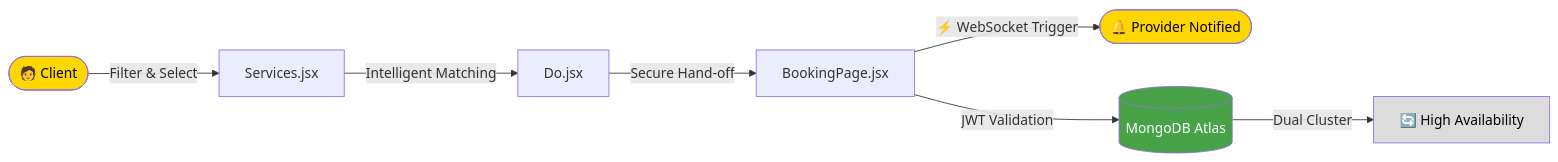
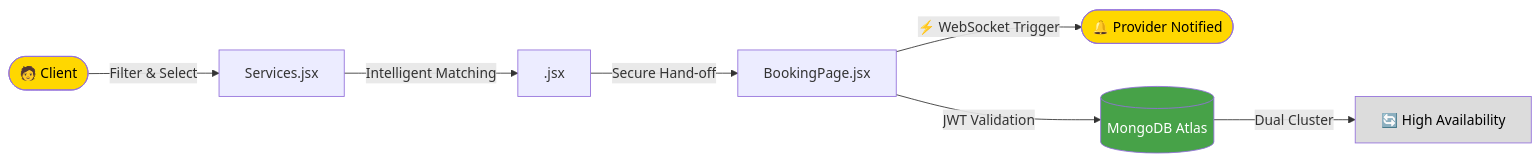
Before and after one commit to NietoDeveloper/SoftwareDT: the first of 2 diagrams in README.md, drawn with Mermaid.

````diff
--- a/README.md
+++ b/README.md
@@ -88,14 +88,14 @@
 ```mermaid
 flowchart LR
     A([🧑 Client]) -->|Filter & Select| B[Services.jsx]
-    B -->|Intelligent Matching| C[Do.jsx]
+    B -->|Intelligent Matching| C[.jsx]
     C -->|Secure Hand-off| D[BookingPage.jsx]
     D -->|⚡ WebSocket Trigger| E([🔔 Provider Notified])
     D -->|JWT Validation| F[(MongoDB Atlas)]
     F -->|Dual Cluster| G[🔄 High Availability]
 
     style A fill:#FFD700,color:#000
     style E fill:#FFD700,color:#000
     style F fill:#47A248,color:#fff
     style G fill:#DCDCDC,color:#000
 ```
````
